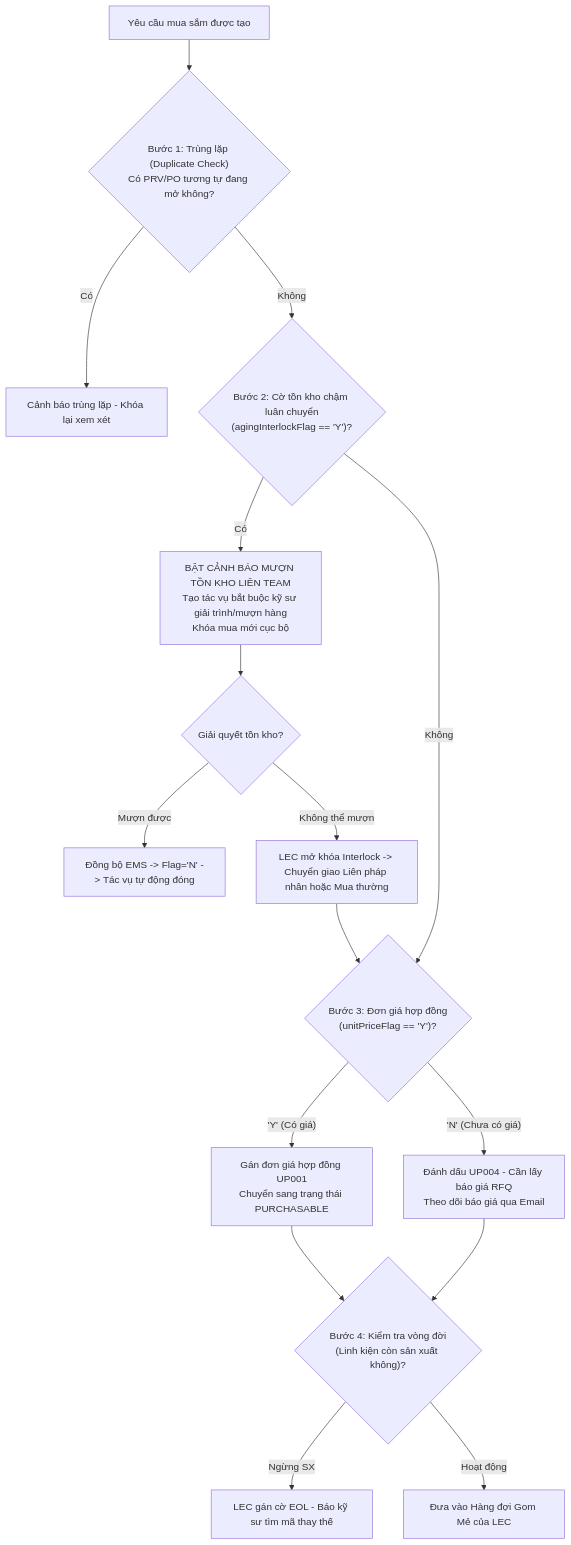
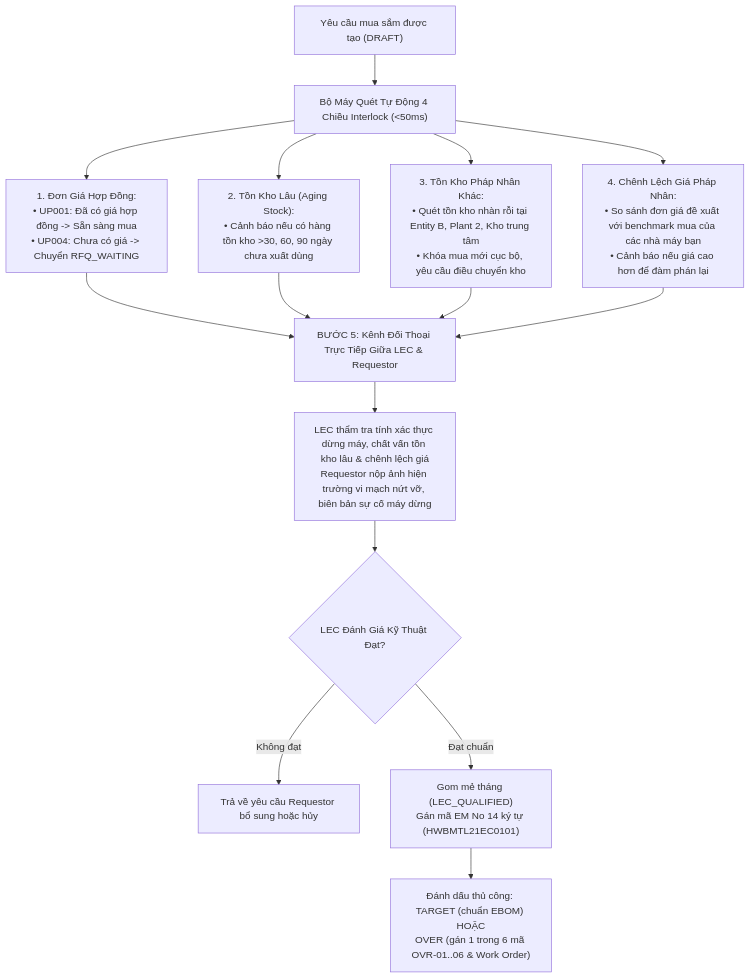
Before and after one commit to longphamduc-vn/ops-workflow: the first of 2 diagrams in procurement-system/MASTER-SYSTEM-SPECIFICATION.md, drawn with Mermaid. The commit also changed other lines of this file and 29 other files, not shown here.

````diff
--- a/procurement-system/MASTER-SYSTEM-SPECIFICATION.md
+++ b/procurement-system/MASTER-SYSTEM-SPECIFICATION.md
@@ -184,21 +201,21 @@
 ```mermaid
 flowchart TD
-    Start["Yêu cầu mua sắm được tạo"] --> Step1{"Bước 1: Trùng lặp (Duplicate Check)\nCó PRV/PO tương tự đang mở không?"}
-    Step1 -- Có --> HaltDup["Cảnh báo trùng lặp - Khóa lại xem xét"]
-    Step1 -- Không --> Step2{"Bước 2: Cờ tồn kho chậm luân chuyển\n(agingInterlockFlag == 'Y')?"}
+    Start["Yêu cầu mua sắm được tạo (DRAFT)"] --> Scan4["Bộ Máy Quét Tự Động 4 Chiều Interlock (<50ms)"]
     
-    Step2 -- Có --> AlertBorrow["BẬT CẢNH BÁO MƯỢN TỒN KHO LIÊN TEAM\nTạo tác vụ bắt buộc kỹ sư giải trình/mượn hàng\nKhóa mua mới cục bộ"]
-    AlertBorrow --> ResolveStock{"Giải quyết tồn kho?"}
-    ResolveStock -- Mượn được --> CloseStock["Đồng bộ EMS -> Flag='N' -> Tác vụ tự động đóng"]
-    ResolveStock -- Không thể mượn --> UnlockInterlock["LEC mở khóa Interlock -> Chuyển giao Liên pháp nhân hoặc Mua thường"]
+    Scan4 --> D1["1. Đơn Giá Hợp Đồng:\n• UP001: Đã có giá hợp đồng -> Sẵn sàng mua\n• UP004: Chưa có giá -> Chuyển RFQ_WAITING"]
+    Scan4 --> D2["2. Tồn Kho Lâu (Aging Stock):\n• Cảnh báo nếu có hàng tồn kho >30, 60, 90 ngày chưa xuất dùng"]
+    Scan4 --> D3["3. Tồn Kho Pháp Nhân Khác:\n• Quét tồn kho nhàn rỗi tại Entity B, Plant 2, Kho trung tâm\n• Khóa mua mới cục bộ, yêu cầu điều chuyển kho"]
+    Scan4 --> D4["4. Chênh Lệch Giá Pháp Nhân:\n• So sánh đơn giá đề xuất với benchmark mua của các nhà máy bạn\n• Cảnh báo nếu giá cao hơn để đàm phán lại"]
     
-    Step2 -- Không --> Step3{"Bước 3: Đơn giá hợp đồng\n(unitPriceFlag == 'Y')?"}
-    Step3 -- 'Y' (Có giá) --> AutoPrice["Gán đơn giá hợp đồng UP001\nChuyển sang trạng thái PURCHASABLE"]
-    Step3 -- 'N' (Chưa có giá) --> RequestRFQ["Đánh dấu UP004 - Cần lấy báo giá RFQ\nTheo dõi báo giá qua Email"]
+    D1 --> CollabChat["BƯỚC 5: Kênh Đối Thoại Trực Tiếp Giữa LEC & Requestor"]
+    D2 --> CollabChat
+    D3 --> CollabChat
+    D4 --> CollabChat
     
-    UnlockInterlock --> Step3
-    AutoPrice --> Step4{"Bước 4: Kiểm tra vòng đời\n(Linh kiện còn sản xuất không)?"}
-    RequestRFQ --> Step4
-    Step4 -- Ngừng SX --> MarkEOL["LEC gán cờ EOL - Báo kỹ sư tìm mã thay thế"]
-    Step4 -- Hoạt động --> BatchQueue["Đưa vào Hàng đợi Gom Mẻ của LEC"]
+    CollabChat --> LECAction["LEC thẩm tra tính xác thực dừng máy, chất vấn tồn kho lâu & chênh lệch giá\nRequestor nộp ảnh hiện trường vi mạch nứt vỡ, biên bản sự cố máy dừng"]
+    LECAction --> LECEval{"LEC Đánh Giá Kỹ Thuật Đạt?"}
+    
+    LECEval -- "Không đạt" --> RejectReq["Trả về yêu cầu Requestor bổ sung hoặc hủy"]
+    LECEval -- "Đạt chuẩn" --> BatchEM["Gom mẻ tháng (LEC_QUALIFIED)\nGán mã EM No 14 ký tự (HWBMTL21EC0101)"]
+    BatchEM --> TagTargetOver["Đánh dấu thủ công: TARGET (chuẩn EBOM) HOẶC\nOVER (gán 1 trong 6 mã OVR-01..06 & Work Order)"]
 ```
````
